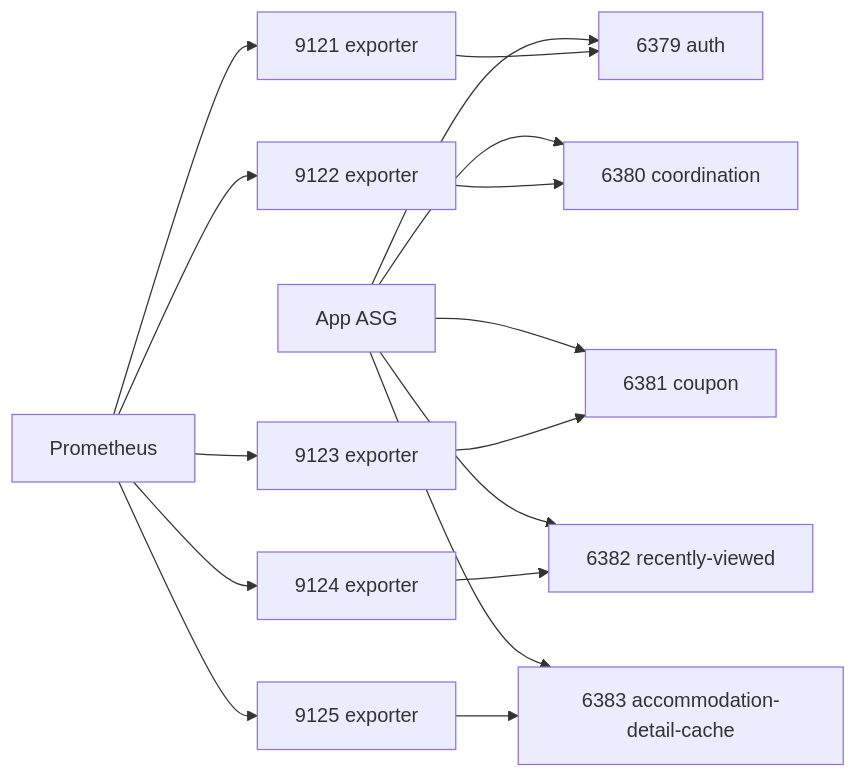
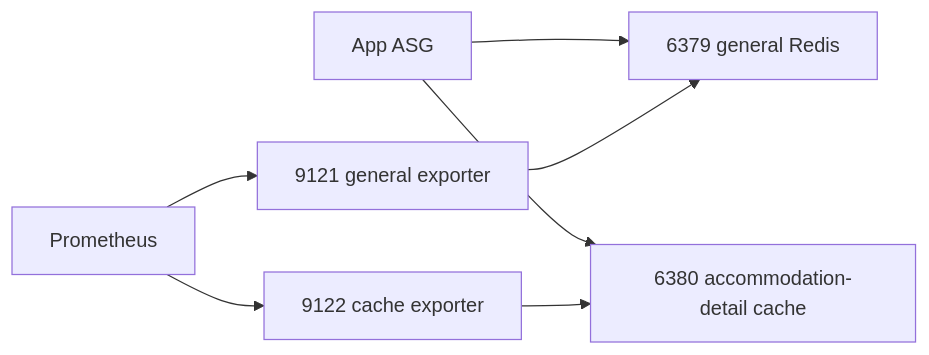
Before and after one commit to eeoos/airbob: the second of 3 diagrams in docs/superpowers/specs/2026-08-14-ephemeral-aws-performance-lab-design.md, drawn with Mermaid. The commit also changed other lines of this file, not shown here.

Commit message:
docs: keep AWS Redis topology at two containers

````diff
--- a/docs/superpowers/specs/2026-08-14-ephemeral-aws-performance-lab-design.md
+++ b/docs/superpowers/specs/2026-08-14-ephemeral-aws-performance-lab-design.md
@@ -261,18 +262,9 @@
 ```mermaid
 flowchart LR
-  app["App ASG"] --> auth["6379 auth"]
-  app --> coordination["6380 coordination"]
-  app --> coupon["6381 coupon"]
-  app --> recent["6382 recently-viewed"]
-  app --> detail["6383 accommodation-detail-cache"]
-  monitor["Prometheus"] --> e1["9121 exporter"]
-  monitor --> e2["9122 exporter"]
-  monitor --> e3["9123 exporter"]
-  monitor --> e4["9124 exporter"]
-  monitor --> e5["9125 exporter"]
-  e1 --> auth
-  e2 --> coordination
-  e3 --> coupon
-  e4 --> recent
-  e5 --> detail
+  app["App ASG"] --> general["6379 general Redis"]
+  app --> cache["6380 accommodation-detail cache"]
+  monitor["Prometheus"] --> e1["9121 general exporter"]
+  monitor --> e2["9122 cache exporter"]
+  e1 --> general
+  e2 --> cache
 ```
````
